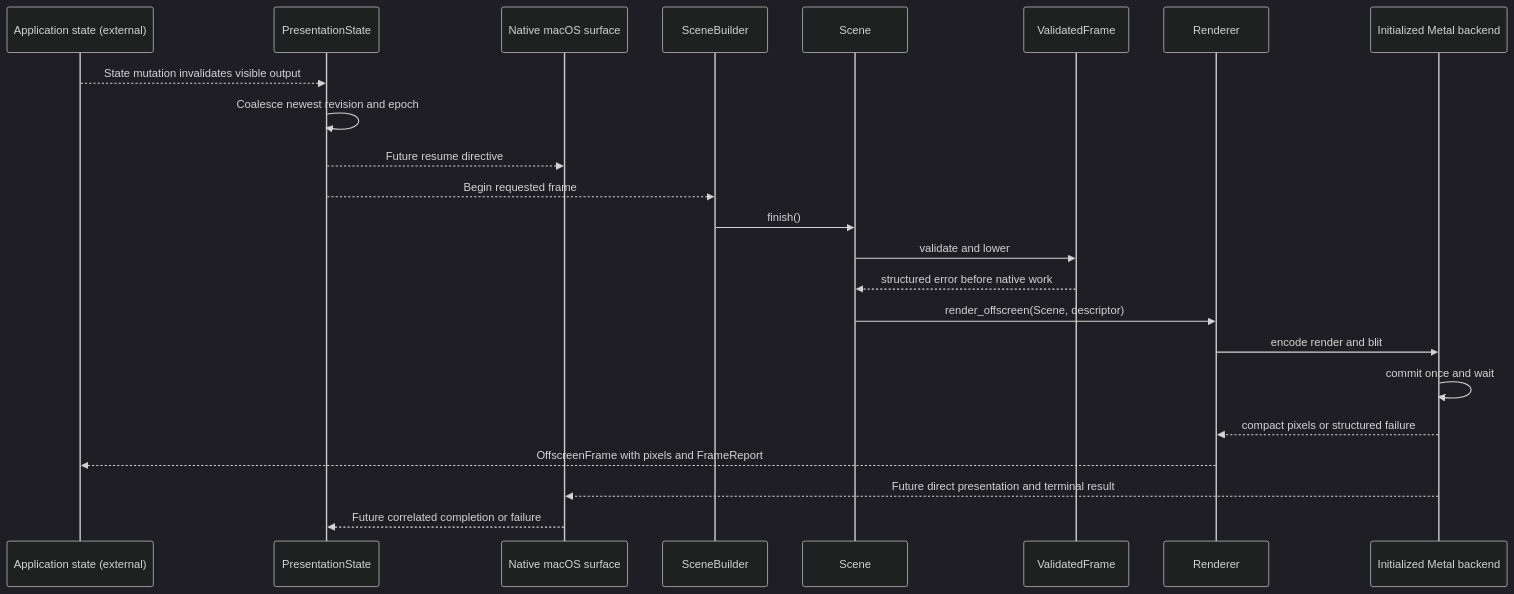
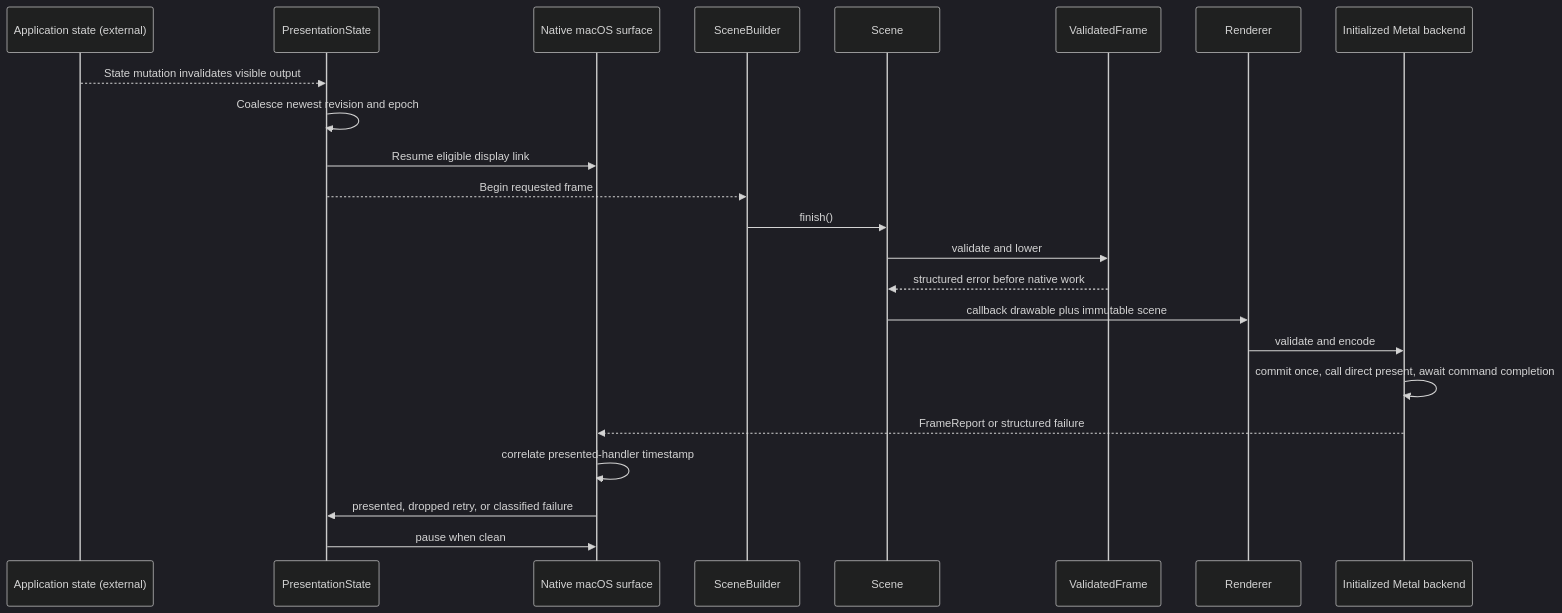
Before and after one commit to dbuddha/alpine-gpui: the third of 7 diagrams in ARCHITECTURE.md, drawn with Mermaid (dark theme). The commit also changed other lines of this file and 21 other files, not shown here.

First line of the commit message:
feat(macos): present callback Metal drawable (#78)

````diff
--- a/ARCHITECTURE.md
+++ b/ARCHITECTURE.md
@@ -184,26 +196,26 @@
 ```mermaid
 sequenceDiagram
     participant App as Application state (external)
     participant Scheduler as PresentationState
     participant Surface as Native macOS surface
     participant Builder as SceneBuilder
     participant Scene
     participant Plan as ValidatedFrame
     participant Renderer
     participant Backend as Initialized Metal backend
 
     App-->>Scheduler: State mutation invalidates visible output
     Scheduler->>Scheduler: Coalesce newest revision and epoch
-    Scheduler-->>Surface: Future resume directive
+    Scheduler->>Surface: Resume eligible display link
     Scheduler-->>Builder: Begin requested frame
     Builder->>Scene: finish()
     Scene->>Plan: validate and lower
     Plan-->>Scene: structured error before native work
-    Scene->>Renderer: render_offscreen(Scene, descriptor)
-    Renderer->>Backend: encode render and blit
-    Backend->>Backend: commit once and wait
-    Backend-->>Renderer: compact pixels or structured failure
-    Renderer-->>App: OffscreenFrame with pixels and FrameReport
-    Backend-->>Surface: Future direct presentation and terminal result
-    Surface-->>Scheduler: Future correlated completion or failure
+    Scene->>Renderer: callback drawable plus immutable scene
+    Renderer->>Backend: validate and encode
+    Backend->>Backend: commit once, call direct present, await command completion
+    Backend-->>Surface: FrameReport or structured failure
+    Surface->>Surface: correlate presented-handler timestamp
+    Surface->>Scheduler: presented, dropped retry, or classified failure
+    Scheduler->>Surface: pause when clean
 ```
````
